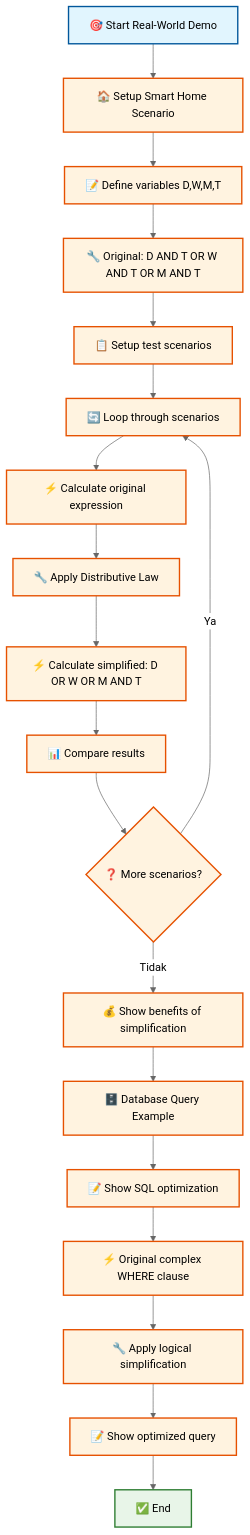
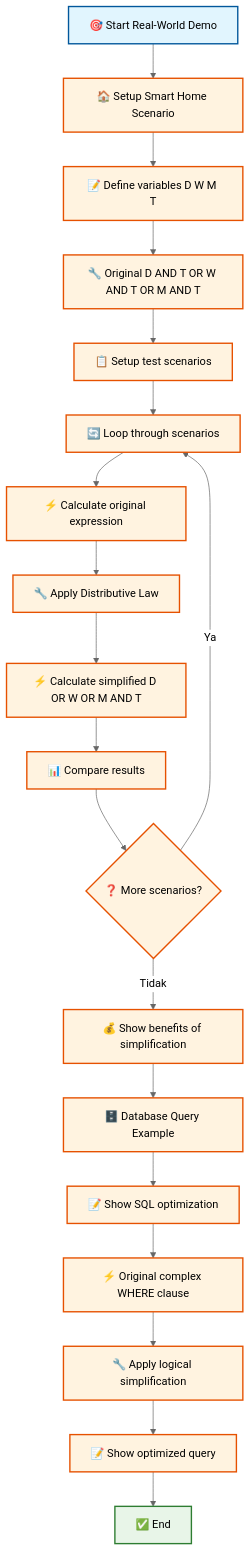
One commit to antonprafanto/logikamatematika changed the tenth of 10 diagrams in pertemuan3.md. Above: the diagram before and after it, drawn with Mermaid (neutral theme). The commit also changed other lines of this file, not shown here.

````diff
--- a/pertemuan3.md
+++ b/pertemuan3.md
@@ -1204,40 +1204,40 @@
 ```mermaid
 flowchart TD
     A[🎯 Start Real-World Demo] --> B[🏠 Setup Smart Home Scenario]
-    B --> C[📝 Define variables D,W,M,T]
-    C --> D[🔧 Original: D AND T OR W AND T OR M AND T]
+    B --> C[📝 Define variables D W M T]
+    C --> D[🔧 Original D AND T OR W AND T OR M AND T]
     D --> E[📋 Setup test scenarios]
     E --> F[🔄 Loop through scenarios]
     F --> G[⚡ Calculate original expression]
     G --> H[🔧 Apply Distributive Law]
-    H --> I[⚡ Calculate simplified: D OR W OR M AND T]
+    H --> I[⚡ Calculate simplified D OR W OR M AND T]
     I --> J[📊 Compare results]
     J --> K{❓ More scenarios?}
     K -->|Ya| F
     K -->|Tidak| L[💰 Show benefits of simplification]
     L --> M[🗄️ Database Query Example]
     M --> N[📝 Show SQL optimization]
     N --> O[⚡ Original complex WHERE clause]
     O --> P[🔧 Apply logical simplification]
     P --> Q[📝 Show optimized query]
     Q --> R[✅ End]
     
     style A fill:#e1f5fe,stroke:#01579b,stroke-width:2px,color:#000
     style B fill:#fff3e0,stroke:#e65100,stroke-width:2px,color:#000
     style C fill:#fff3e0,stroke:#e65100,stroke-width:2px,color:#000
     style D fill:#fff3e0,stroke:#e65100,stroke-width:2px,color:#000
     style E fill:#fff3e0,stroke:#e65100,stroke-width:2px,color:#000
     style F fill:#fff3e0,stroke:#e65100,stroke-width:2px,color:#000
     style G fill:#fff3e0,stroke:#e65100,stroke-width:2px,color:#000
     style H fill:#fff3e0,stroke:#e65100,stroke-width:2px,color:#000
     style I fill:#fff3e0,stroke:#e65100,stroke-width:2px,color:#000
     style J fill:#fff3e0,stroke:#e65100,stroke-width:2px,color:#000
     style K fill:#fff3e0,stroke:#e65100,stroke-width:2px,color:#000
     style L fill:#fff3e0,stroke:#e65100,stroke-width:2px,color:#000
     style M fill:#fff3e0,stroke:#e65100,stroke-width:2px,color:#000
     style N fill:#fff3e0,stroke:#e65100,stroke-width:2px,color:#000
     style O fill:#fff3e0,stroke:#e65100,stroke-width:2px,color:#000
     style P fill:#fff3e0,stroke:#e65100,stroke-width:2px,color:#000
     style Q fill:#fff3e0,stroke:#e65100,stroke-width:2px,color:#000
     style R fill:#e8f5e8,stroke:#2e7d32,stroke-width:2px,color:#000
 ```
````
